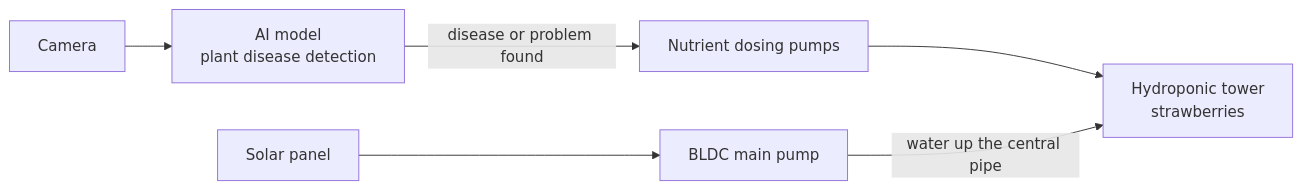
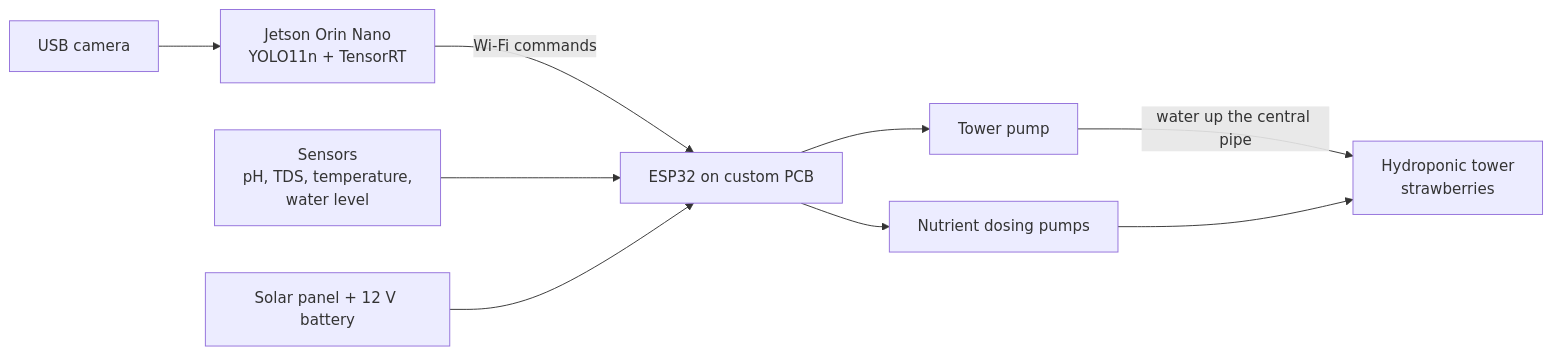
The diagram in README.md (AhmedElanany05/smart-hydroponic-system), drawn with Mermaid before and after one commit. The commit also changed other lines of this file, not shown here.

````diff
--- a/README.md
+++ b/README.md
@@ -21,8 +32,11 @@
 ```mermaid
 flowchart LR
-    CAM["Camera"] --> AI["AI model<br/>plant disease detection"]
-    AI -->|"disease or problem found"| D["Nutrient dosing pumps"]
-    D --> T["Hydroponic tower<br/>strawberries"]
-    SUN["Solar panel"] --> P["BLDC main pump"]
-    P -->|"water up the central pipe"| T
+CAM["USB camera"] --> J["Jetson Orin Nano<br/>YOLO11n + TensorRT"]
+J -->|"Wi-Fi commands"| E["ESP32 on custom PCB"]
+S["Sensors<br/>pH, TDS, temperature,<br/>water level"] --> E
+E --> D["Nutrient dosing pumps"]
+E --> P["Tower pump"]
+P -->|"water up the central pipe"| T["Hydroponic tower<br/>strawberries"]
+D --> T
+SUN["Solar panel + 12 V battery"] --> E
 ```
````
